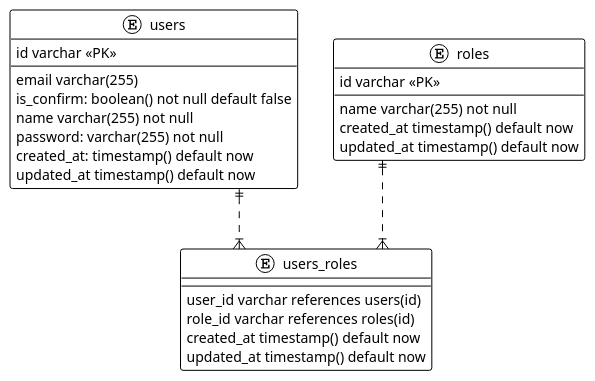
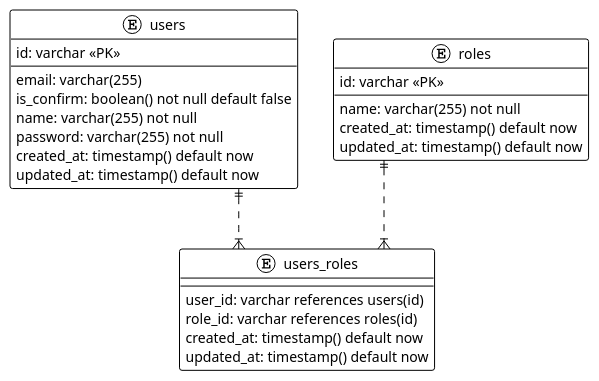
Before and after one commit to fredsonchaves07/movie-catch-api: the diagram in docs/database/database-tables.plantuml, drawn with PlantUML. The commit also changed 3 other files, not shown here.

```diff
--- a/docs/database/database-tables.plantuml
+++ b/docs/database/database-tables.plantuml
@@ -1,34 +1,34 @@
 @startuml
 
 !theme plain
 top to bottom direction
 skinparam linetype ortho
 
 entity users {
-   id varchar <<PK>>
-   email varchar(255)
+   id: varchar <<PK>>
+   email: varchar(255)
    is_confirm: boolean() not null default false
-   name varchar(255) not null
+   name: varchar(255) not null
    password: varchar(255) not null
    created_at: timestamp() default now
-   updated_at timestamp() default now
+   updated_at: timestamp() default now
 }
 
 entity roles {
-   id varchar <<PK>>
-   name varchar(255) not null
-   created_at timestamp() default now
-   updated_at timestamp() default now
+   id: varchar <<PK>>
+   name: varchar(255) not null
+   created_at: timestamp() default now
+   updated_at: timestamp() default now
 }
 
 entity users_roles {
-   user_id varchar references users(id)
-   role_id varchar references roles(id)
-   created_at timestamp() default now
-   updated_at timestamp() default now
+   user_id: varchar references users(id)
+   role_id: varchar references roles(id)
+   created_at: timestamp() default now
+   updated_at: timestamp() default now
 }
 
 users ||..|{users_roles
 roles ||..|{users_roles
 
 @enduml
```
